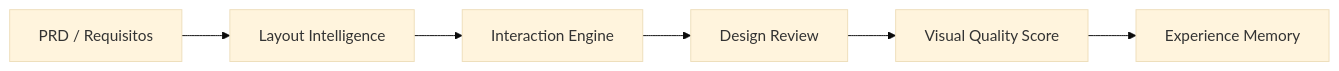
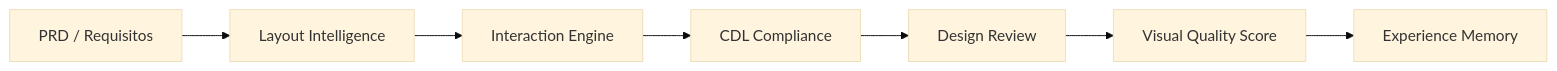
The diagram in product-experience/engines/README.md (thyags/method-ceip), drawn with Mermaid (base theme) before and after one commit. The commit also changed other lines of this file and 51 other files, not shown here.

````diff
--- a/product-experience/engines/README.md
+++ b/product-experience/engines/README.md
@@ -19,8 +20,9 @@
 ```mermaid
 flowchart LR
     A["PRD / Requisitos"] --> B["Layout Intelligence"]
     B --> C["Interaction Engine"]
-    C --> D["Design Review"]
-    D --> E["Visual Quality Score"]
-    E --> F["Experience Memory"]
+    C --> D["CDL Compliance"]
+    D --> E["Design Review"]
+    E --> F["Visual Quality Score"]
+    F --> G["Experience Memory"]
 ```
````
